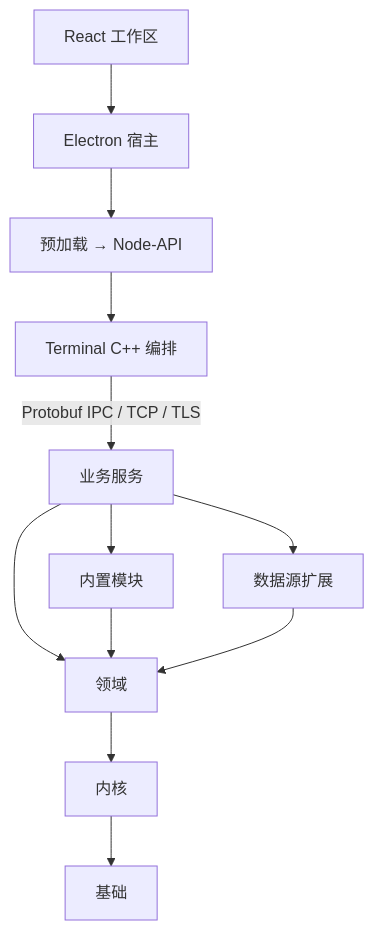
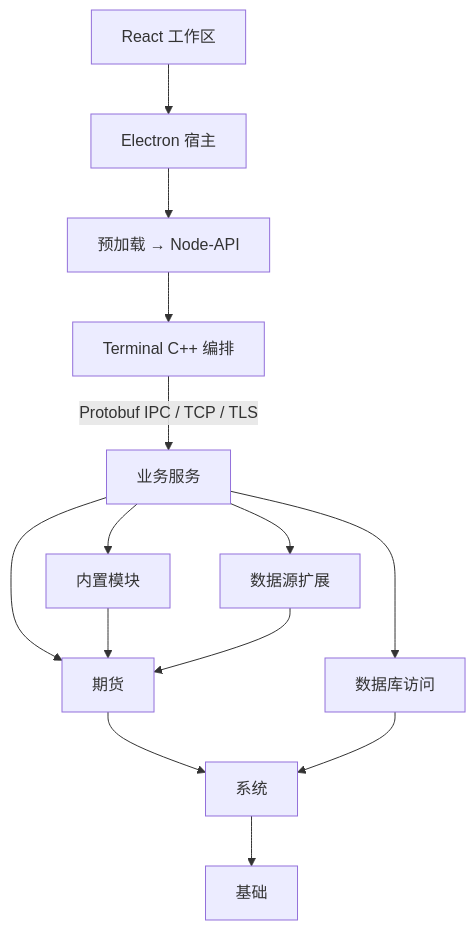
The first of 2 diagrams in docs/architecture.md (isqiwen/asterion-terminal), drawn with Mermaid before and after one commit. The commit also changed other lines of this file and 450 other files, not shown here.

First line of the commit message:
M2.2: name core's layers base, system and futures

````diff
--- a/docs/architecture.md
+++ b/docs/architecture.md
@@ -18,14 +18,16 @@
 ```mermaid
 flowchart TB
   UI[React 工作区] --> Host[Electron 宿主]
   Host --> Bridge[预加载 → Node-API]
   Bridge --> App[Terminal C++ 编排]
   App -->|Protobuf IPC / TCP / TLS| Services[业务服务]
   Services --> Modules[内置模块]
   Services --> Extensions[数据源扩展]
-  Services --> Domain[领域]
-  Modules --> Domain
-  Extensions --> Domain
-  Domain --> Kernel[内核]
-  Kernel --> Foundation[基础]
+  Services --> Futures[期货]
+  Modules --> Futures
+  Extensions --> Futures
+  Futures --> System[系统]
+  System --> Base[基础]
+  Services --> Database[数据库访问]
+  Database --> System
 ```
````
